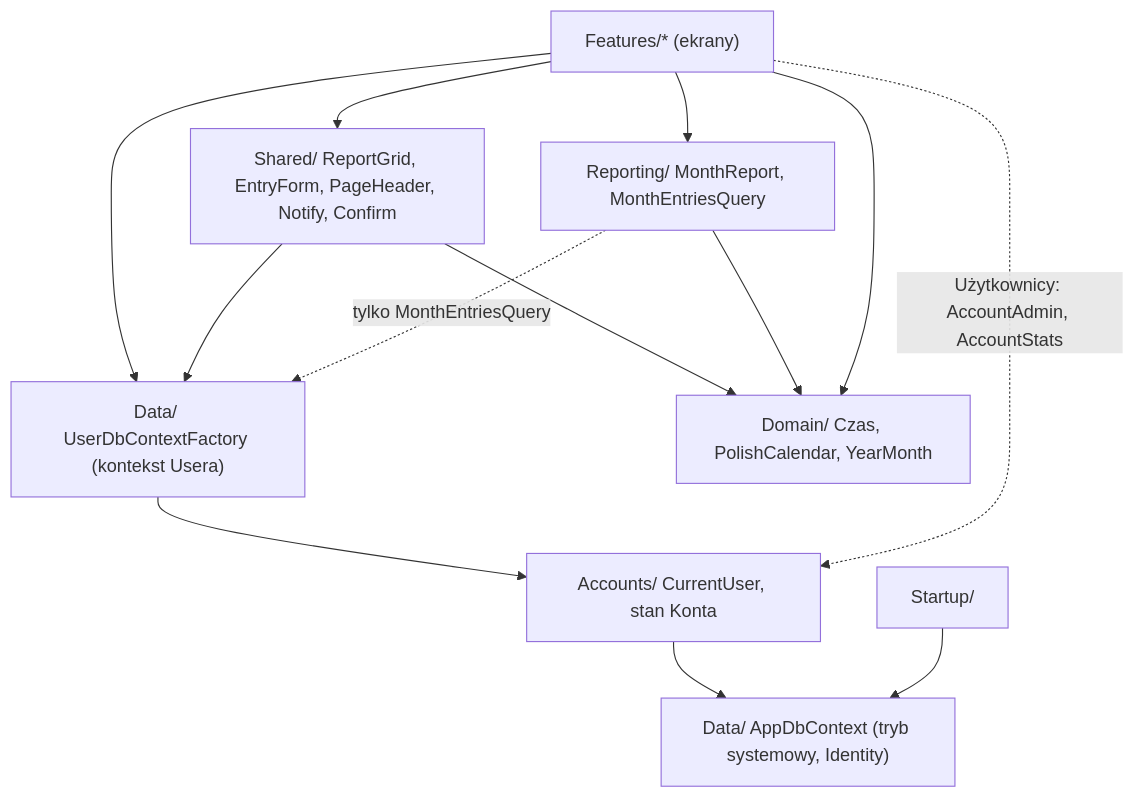
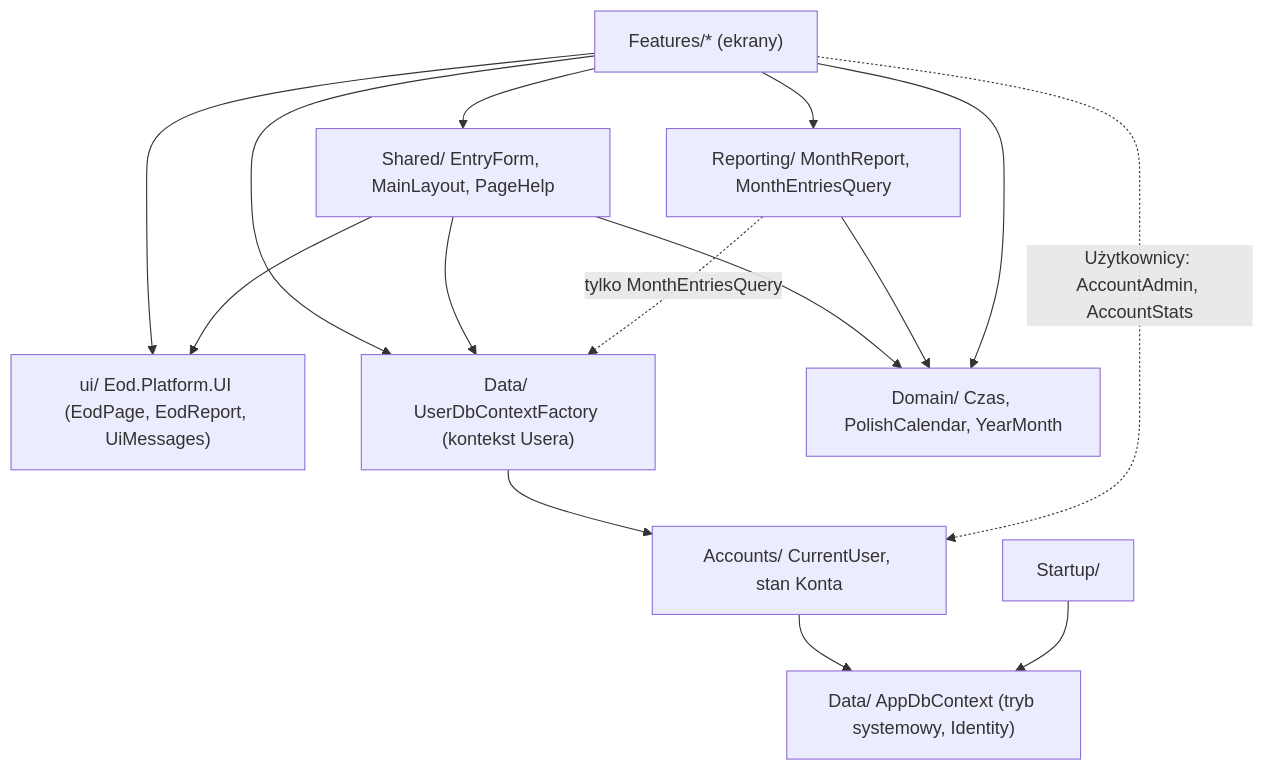
One commit to AgraelPL/rejestr-czasu-bmad changed the first of 3 diagrams in _bmad-output/initiative-rejestr-czasu/architecture-rejestr-czasu/architecture-rejestr-czasu.md. Above: the diagram before and after it, drawn with Mermaid. The commit also changed other lines of this file and 5 other files, not shown here.

````diff
--- a/_bmad-output/initiative-rejestr-czasu/architecture-rejestr-czasu/architecture-rejestr-czasu.md
+++ b/_bmad-output/initiative-rejestr-czasu/architecture-rejestr-czasu/architecture-rejestr-czasu.md
@@ -37,15 +38,17 @@
 ```mermaid
 graph TD
-  Features["Features/* (ekrany)"] --> Shared["Shared/ ReportGrid, EntryForm, PageHeader, Notify, Confirm"]
+  Features["Features/* (ekrany)"] --> Shared["Shared/ EntryForm, MainLayout, PageHelp"]
+  Features --> EodUI["ui/ Eod.Platform.UI (EodPage, EodReport, UiMessages)"]
+  Shared --> EodUI
   Features --> Reporting["Reporting/ MonthReport, MonthEntriesQuery"]
   Features --> UserData["Data/ UserDbContextFactory (kontekst Usera)"]
   Shared --> UserData
   Shared --> Domain["Domain/ Czas, PolishCalendar, YearMonth"]
   Reporting --> Domain
   Reporting -.->|tylko MonthEntriesQuery| UserData
   Features --> Domain
   UserData --> Accounts["Accounts/ CurrentUser, stan Konta"]
   Features -.->|Użytkownicy: AccountAdmin, AccountStats| Accounts
   Accounts --> Data["Data/ AppDbContext (tryb systemowy, Identity)"]
   Startup["Startup/"] --> Data
 ```
````
